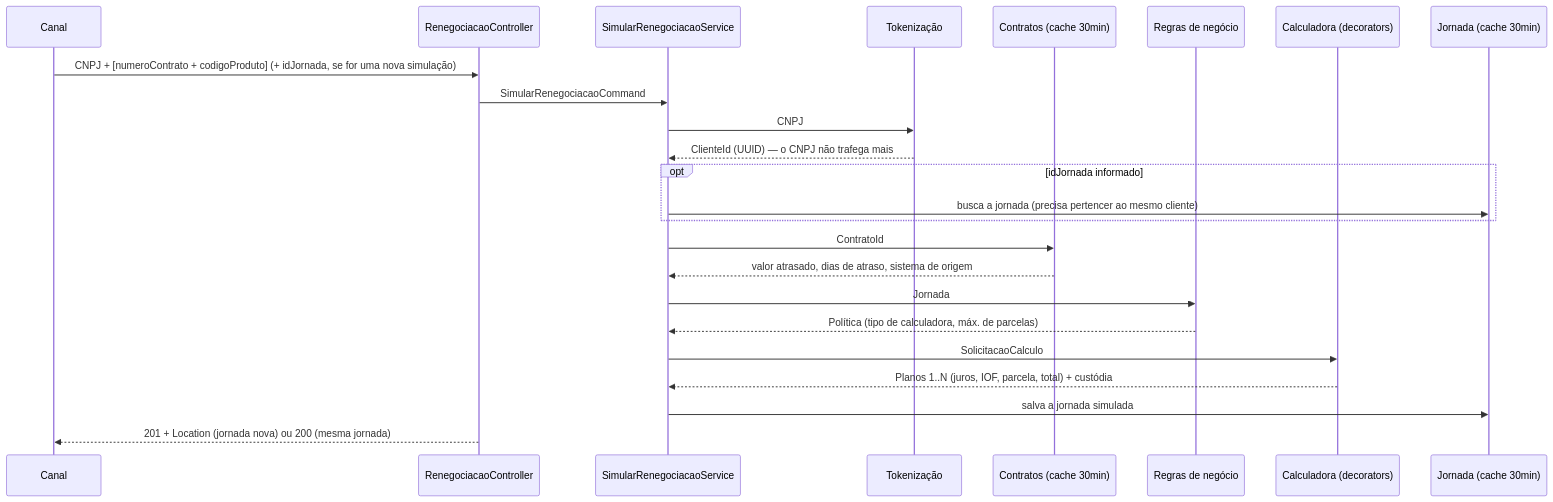
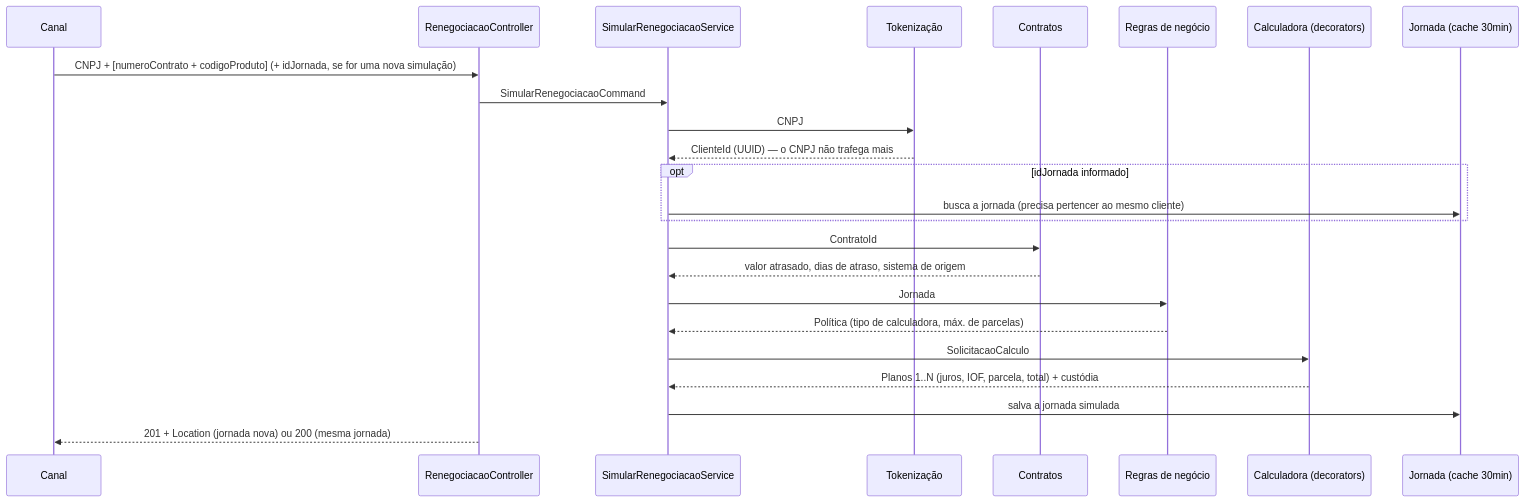
Before and after one commit to gabrielturato/ProjetoItau: the diagram in README.md, drawn with Mermaid. The commit also changed other lines of this file and 4 other files, not shown here.

First line of the commit message:
refactor: remove cache de contratos

````diff
--- a/README.md
+++ b/README.md
@@ -54,27 +54,27 @@
 ```mermaid
 sequenceDiagram
     participant Canal
     participant API as RenegociacaoController
     participant UC as SimularRenegociacaoService
     participant Tok as Tokenização
-    participant Ctr as Contratos (cache 30min)
+    participant Ctr as Contratos
     participant Reg as Regras de negócio
     participant Calc as Calculadora (decorators)
     participant Jor as Jornada (cache 30min)
 
     Canal->>API: CNPJ + [numeroContrato + codigoProduto] (+ idJornada, se for uma nova simulação)
     API->>UC: SimularRenegociacaoCommand
     UC->>Tok: CNPJ
     Tok-->>UC: ClienteId (UUID) — o CNPJ não trafega mais
     opt idJornada informado
         UC->>Jor: busca a jornada (precisa pertencer ao mesmo cliente)
     end
     UC->>Ctr: ContratoId
     Ctr-->>UC: valor atrasado, dias de atraso, sistema de origem
     UC->>Reg: Jornada
     Reg-->>UC: Política (tipo de calculadora, máx. de parcelas)
     UC->>Calc: SolicitacaoCalculo
     Calc-->>UC: Planos 1..N (juros, IOF, parcela, total) + custódia
     UC->>Jor: salva a jornada simulada
     API-->>Canal: 201 + Location (jornada nova) ou 200 (mesma jornada)
 ```
````
